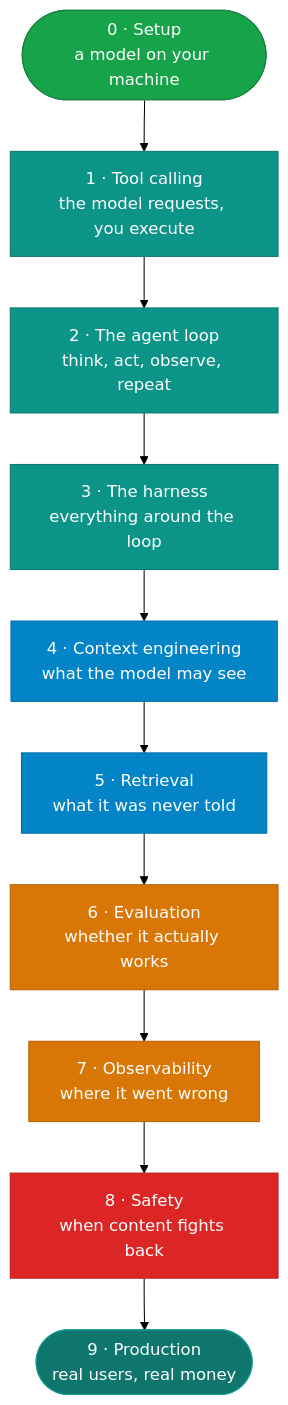
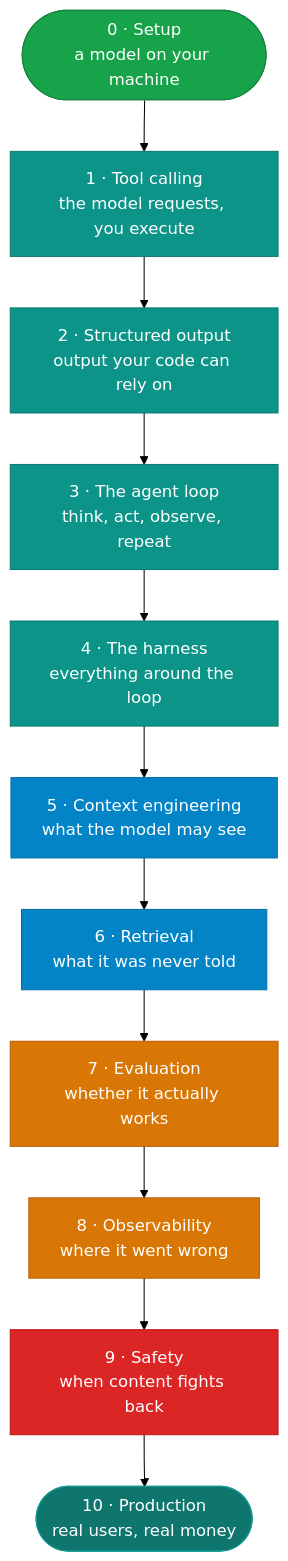
One commit to nitin27may/ai-resources changed the diagram in docs/00-start-here/the-path.md. Above: the diagram before and after it, drawn with Mermaid (forest theme). The commit also changed other lines of this file and 37 other files, not shown here.

````diff
--- a/docs/00-start-here/the-path.md
+++ b/docs/00-start-here/the-path.md
@@ -47,20 +47,21 @@
 ```mermaid
 flowchart TB
     S(["0 · Setup<br/>a model on your machine"]):::success
     S --> T["1 · Tool calling<br/>the model requests, you execute"]:::primary
-    T --> L["2 · The agent loop<br/>think, act, observe, repeat"]:::primary
-    L --> H["3 · The harness<br/>everything around the loop"]:::primary
-    H --> C["4 · Context engineering<br/>what the model may see"]:::processing
-    C --> R["5 · Retrieval<br/>what it was never told"]:::processing
-    R --> E["6 · Evaluation<br/>whether it actually works"]:::warning
-    E --> O["7 · Observability<br/>where it went wrong"]:::warning
-    O --> F["8 · Safety<br/>when content fights back"]:::danger
-    F --> P(["9 · Production<br/>real users, real money"]):::storage
+    T --> SO["2 · Structured output<br/>output your code can rely on"]:::primary
+    SO --> L["3 · The agent loop<br/>think, act, observe, repeat"]:::primary
+    L --> H["4 · The harness<br/>everything around the loop"]:::primary
+    H --> C["5 · Context engineering<br/>what the model may see"]:::processing
+    C --> R["6 · Retrieval<br/>what it was never told"]:::processing
+    R --> E["7 · Evaluation<br/>whether it actually works"]:::warning
+    E --> O["8 · Observability<br/>where it went wrong"]:::warning
+    O --> F["9 · Safety<br/>when content fights back"]:::danger
+    F --> P(["10 · Production<br/>real users, real money"]):::storage
 
     classDef success fill:#16a34a,stroke:#15803d,color:#fff
     classDef primary fill:#0d9488,stroke:#0b7a72,color:#fff
     classDef processing fill:#0284c7,stroke:#0270a8,color:#fff
     classDef warning fill:#d97706,stroke:#b86005,color:#fff
     classDef danger fill:#dc2626,stroke:#b91c1c,color:#fff
     classDef storage fill:#0f766e,stroke:#119b91,color:#fff
 ```
````
